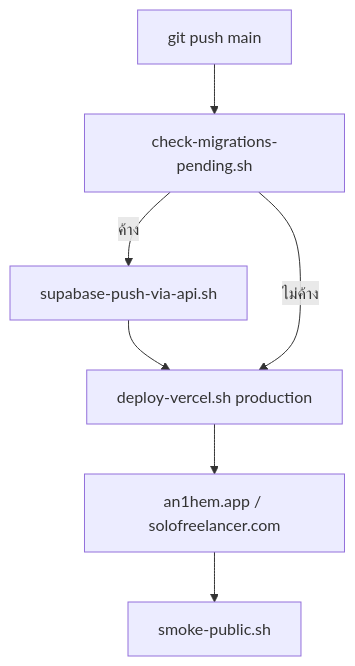
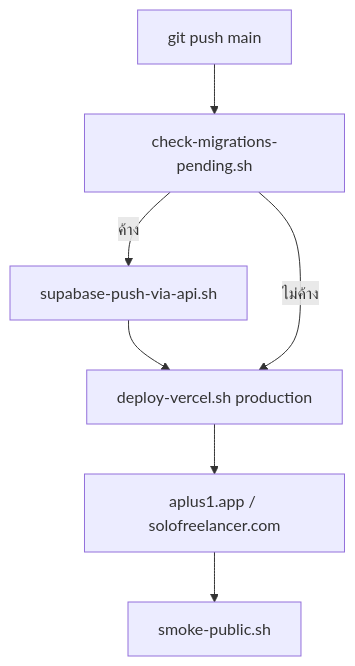
Before and after one commit to passawutaplus/AunAun: the second of 2 diagrams in docs/ecosystem-deploy-policy.md, drawn with Mermaid. The commit also changed other lines of this file and 245 other files, not shown here.

````diff
--- a/docs/ecosystem-deploy-policy.md
+++ b/docs/ecosystem-deploy-policy.md
@@ -111,9 +111,9 @@
 ```mermaid
 flowchart TD
   commit[git push main] --> migCheck["check-migrations-pending.sh"]
   migCheck -->|ค้าง| pushMig["supabase-push-via-api.sh"]
   pushMig --> prodDeploy
   migCheck -->|ไม่ค้าง| prodDeploy["deploy-vercel.sh production"]
-  prodDeploy --> vercelProd["an1hem.app / solofreelancer.com"]
+  prodDeploy --> vercelProd["aplus1.app / solofreelancer.com"]
   vercelProd --> smoke["smoke-public.sh"]
 ```
````
